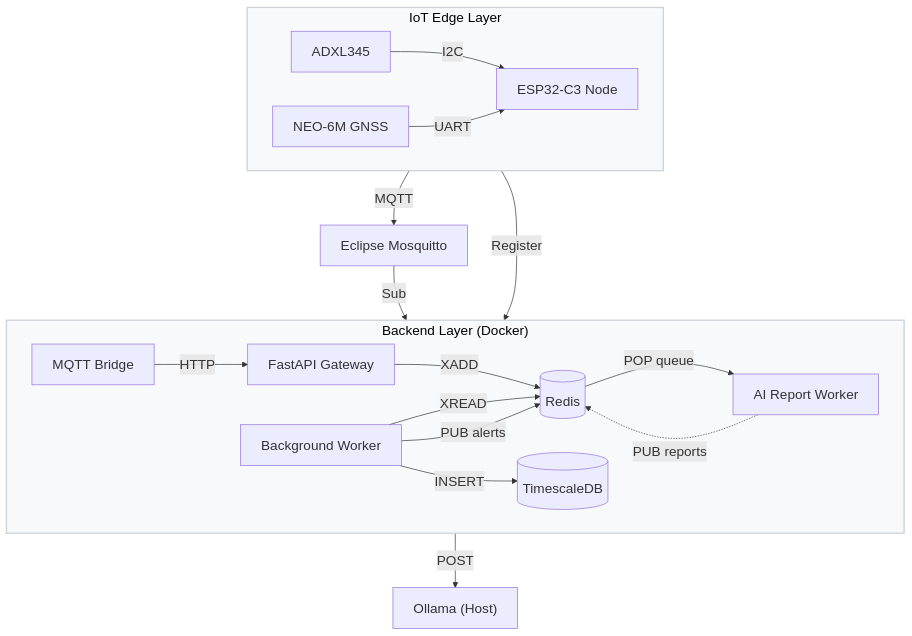
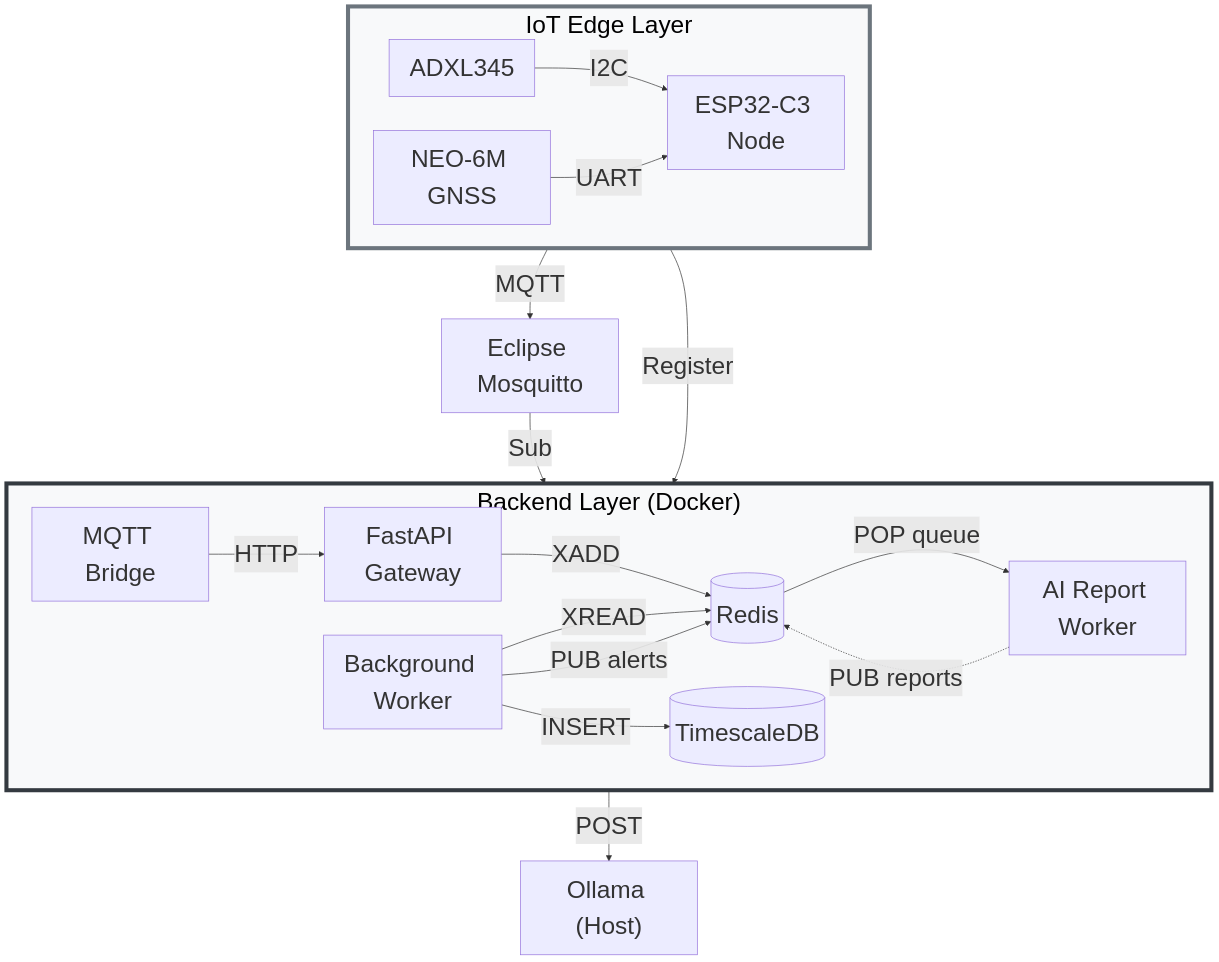
The second of 3 diagrams in docs/diagrams/c4-context.md (GiZano/QuakeGuard), drawn with Mermaid before and after one commit.

Commit message:
docs(whitepaper): update figure 2 macro-element borders and font size

````diff
--- a/docs/diagrams/c4-context.md
+++ b/docs/diagrams/c4-context.md
@@ -59,43 +59,43 @@
 ```mermaid
-%%{init: {"themeVariables": {"fontSize": "20px"}}}%%
+%%{init: {"themeVariables": {"fontSize": "36px"}}}%%
 flowchart TD
     subgraph edge["IoT Edge Layer"]
         direction LR
         adxl["ADXL345"]
         gnss["NEO-6M GNSS"]
         esp32["ESP32-C3 Node"]
         adxl -- "I2C" --> esp32
         gnss -- "UART" --> esp32
     end
 
     mosquitto["Eclipse Mosquitto"]
 
     subgraph backend["Backend Layer (Docker)"]
         direction LR
         worker["Background Worker"]
         mqtt_bridge["MQTT Bridge"]
         api["FastAPI Gateway"]
         redis[("Redis")]
         ai_worker["AI Report Worker"]
         postgres[("TimescaleDB")]
 
         mqtt_bridge -- "HTTP" --> api
         api -- "XADD" --> redis
         worker -- "XREAD" --> redis
         worker -- "INSERT" --> postgres
         worker -- "PUB alerts" --> redis
         redis -- "POP queue" --> ai_worker
     end
 
     ollama["Ollama (Host)"]
 
     esp32 -- "Register" --> api
     esp32 -- "MQTT" --> mosquitto
     mosquitto -- "Sub" --> mqtt_bridge
 
     ai_worker -- "POST" --> ollama
     ai_worker -. "PUB reports" .-> redis
 
-    style edge fill:#f8f9fa,stroke:#ced4da,stroke-width:2px,color:#000
-    style backend fill:#f8f9fa,stroke:#ced4da,stroke-width:2px,color:#000
+    style edge fill:#f8f9fa,stroke:#6c757d,stroke-width:6px,color:#000
+    style backend fill:#f8f9fa,stroke:#343a40,stroke-width:6px,color:#000
 ```
````
